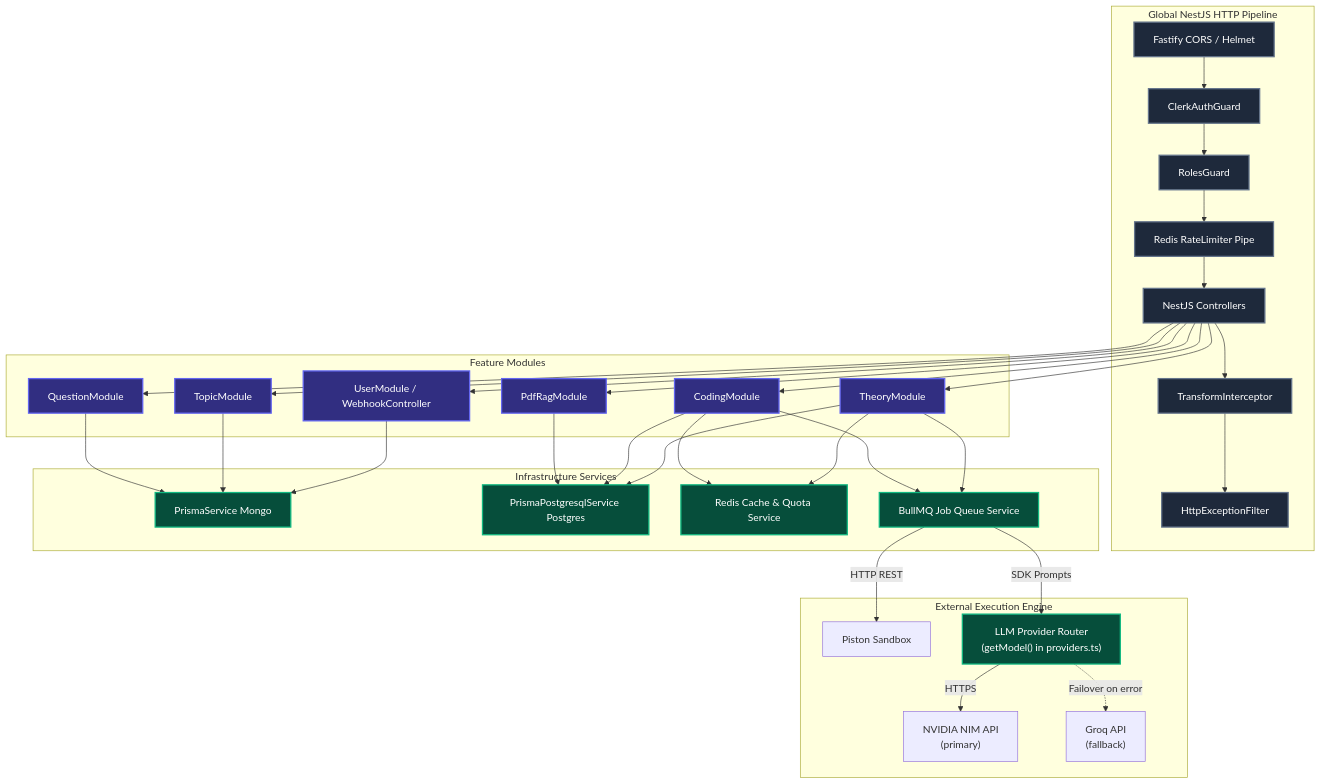
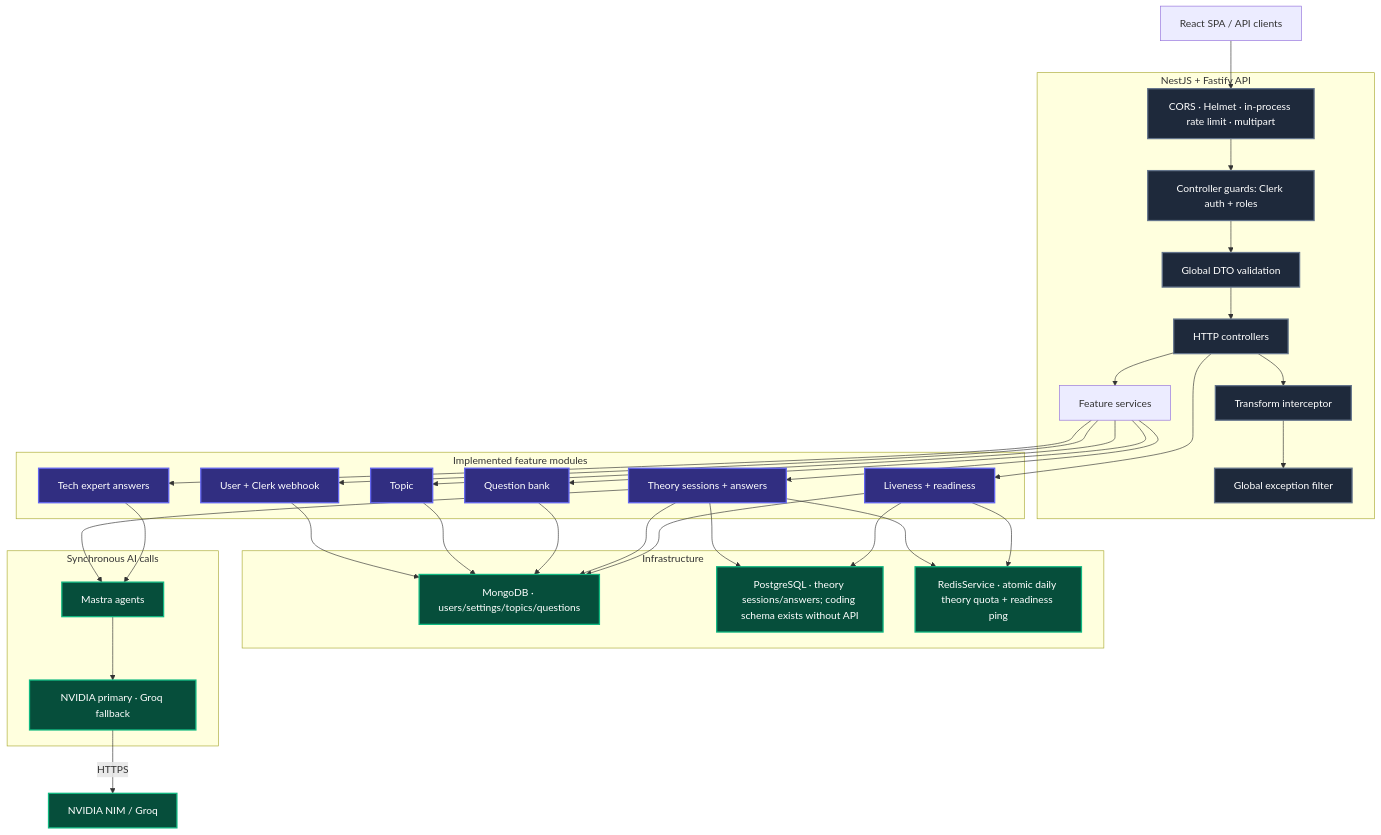
The diagram in docs/architecture/diagrams/c4-03-component.mmd (binarybuddiesdev-wq/PREP-AI), drawn with Mermaid before and after one commit. The commit also changed 67 other files, not shown here.

Commit message:
fix: harden frontend errors and backend session handling

```diff
--- a/docs/architecture/diagrams/c4-03-component.mmd
+++ b/docs/architecture/diagrams/c4-03-component.mmd
@@ -1,51 +1,70 @@
-%% C4 Level 3 — Component Diagram (NestJS Backend)
-%% Module breakdown of the NestJS API process.
+%% C4 Level 3 — Components currently implemented in the NestJS API.
+%% Planned workers and feature modules are documented in TODO.md.
 
 flowchart TB
-    subgraph Pipeline ["Global NestJS HTTP Pipeline"]
-        Cors["Fastify CORS / Helmet"] --> AuthGuard["ClerkAuthGuard"]
-        AuthGuard --> RolesGuard["RolesGuard"]
-        RolesGuard --> ThrottlePipe["Redis RateLimiter Pipe"]
-        ThrottlePipe --> Controller["NestJS Controllers"]
-        Controller --> TransformInt["TransformInterceptor"]
-        TransformInt --> ExFilter["HttpExceptionFilter"]
+    Client["React SPA / API clients"]
+
+    subgraph Api["NestJS + Fastify API"]
+        Plugins["CORS · Helmet · in-process rate limit · multipart"]
+        Guards["Controller guards: Clerk auth + roles"]
+        Validation["Global DTO validation"]
+        Controllers["HTTP controllers"]
+        Services["Feature services"]
+        Envelope["Transform interceptor"]
+        Errors["Global exception filter"]
+
+        Plugins --> Guards --> Validation --> Controllers --> Services
+        Controllers --> Envelope
+        Envelope --> Errors
     end
 
-    subgraph FeatureModules ["Feature Modules"]
-        Controller --> UserMod["UserModule / WebhookController"]
-        Controller --> TopicMod["TopicModule"]
-        Controller --> QuestionMod["QuestionModule"]
-        Controller --> TheoryMod["TheoryModule"]
-        Controller --> CodingMod["CodingModule"]
-        Controller --> PdfMod["PdfRagModule"]
+    subgraph Features["Implemented feature modules"]
+        User["User + Clerk webhook"]
+        Topic["Topic"]
+        Question["Question bank"]
+        Theory["Theory sessions + answers"]
+        TechExpert["Tech expert answers"]
+        Health["Liveness + readiness"]
     end
 
-    subgraph Infrastructure ["Infrastructure Services"]
-        UserMod --> PrismaMongo["PrismaService Mongo"]
-        TopicMod --> PrismaMongo
-        QuestionMod --> PrismaMongo
+    Services --> User
+    Services --> Topic
+    Services --> Question
+    Services --> Theory
+    Services --> TechExpert
+    Controllers --> Health
 
-        TheoryMod --> PrismaPG["PrismaPostgresqlService Postgres"]
-        CodingMod --> PrismaPG
-        PdfMod --> PrismaPG
-
-        TheoryMod --> RedisSvc["Redis Cache & Quota Service"]
-        CodingMod --> RedisSvc
-
-        TheoryMod --> QueueSvc["BullMQ Job Queue Service"]
-        CodingMod --> QueueSvc
+    subgraph Stores["Infrastructure"]
+        Mongo["MongoDB · users/settings/topics/questions"]
+        Postgres["PostgreSQL · theory sessions/answers; coding schema exists without API"]
+        Redis["RedisService · atomic daily theory quota + readiness ping"]
     end
 
-    subgraph ExternalExecution ["External Execution Engine"]
-        QueueSvc -->|HTTP REST| PistonEngine["Piston Sandbox"]
-        QueueSvc -->|SDK Prompts| ProviderRouter["LLM Provider Router<br/>(getModel() in providers.ts)"]
-        ProviderRouter -->|HTTPS| NVIDIA["NVIDIA NIM API<br/>(primary)"]
-        ProviderRouter -.->|Failover on error| Groq["Groq API<br/>(fallback)"]
+    User --> Mongo
+    Topic --> Mongo
+    Question --> Mongo
+    Theory --> Mongo
+    Theory --> Postgres
+    Theory --> Redis
+    Health --> Mongo
+    Health --> Postgres
+    Health --> Redis
+
+    subgraph Ai["Synchronous AI calls"]
+        Mastra["Mastra agents"]
+        Router["NVIDIA primary · Groq fallback"]
     end
 
-    classDef pipeStyle fill:#1e293b,stroke:#64748b,stroke-width:2px,color:#fff;
-    classDef modStyle fill:#312e81,stroke:#6366f1,stroke-width:2px,color:#fff;
-    classDef infraStyle fill:#064e3b,stroke:#10b981,stroke-width:2px,color:#fff;
-    class Cors,AuthGuard,RolesGuard,ThrottlePipe,Controller,TransformInt,ExFilter pipeStyle;
-    class UserMod,TopicMod,QuestionMod,TheoryMod,CodingMod,PdfMod modStyle;
-    class PrismaMongo,PrismaPG,RedisSvc,QueueSvc,ProviderRouter infraStyle;
+    Theory --> Mastra
+    TechExpert --> Mastra
+    Mastra --> Router
+
+    Client --> Plugins
+    Router -->|HTTPS| Providers["NVIDIA NIM / Groq"]
+
+    classDef pipeline fill:#1e293b,stroke:#64748b,stroke-width:2px,color:#fff;
+    classDef feature fill:#312e81,stroke:#6366f1,stroke-width:2px,color:#fff;
+    classDef infra fill:#064e3b,stroke:#10b981,stroke-width:2px,color:#fff;
+    class Plugins,Guards,Validation,Controllers,Envelope,Errors pipeline;
+    class User,Topic,Question,Theory,TechExpert,Health feature;
+    class Mongo,Postgres,Redis,Mastra,Router,Providers infra;
```
